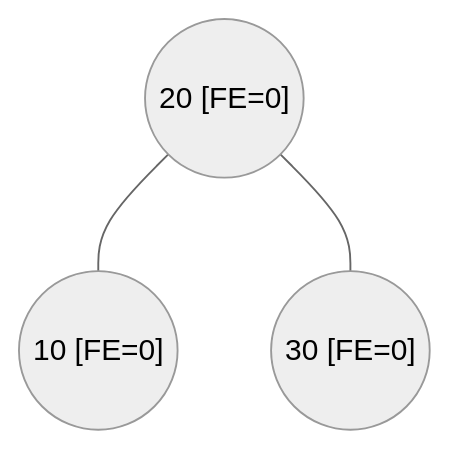
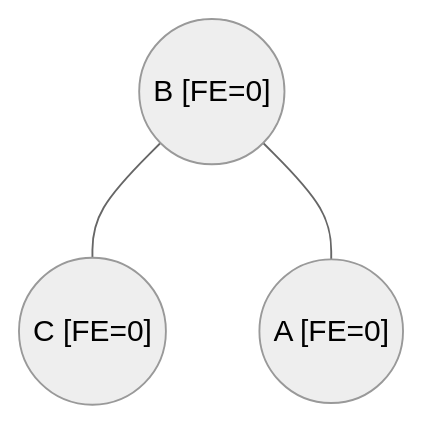
Before and after one commit to frijolitobandido/Guia_Matematica_Discreta: diagram 17 of 34 in 03-arboles.md, drawn with Mermaid (neutral theme). The commit also changed other lines of this file, not shown here.

````diff
--- a/03-arboles.md
+++ b/03-arboles.md
@@ -516,5 +520,5 @@
 ```mermaid
 graph TD
-    b1(("20 [FE=0]")) --- b2(("10 [FE=0]"))
-    b1 --- b3(("30 [FE=0]"))
+    b1(("B [FE=0]")) --- b2(("C [FE=0]"))
+    b1 --- b3(("A [FE=0]"))
 ```
````
